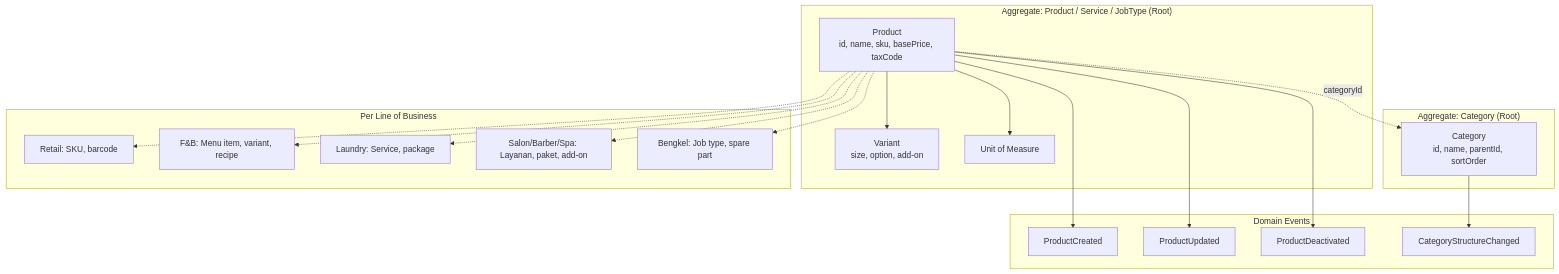
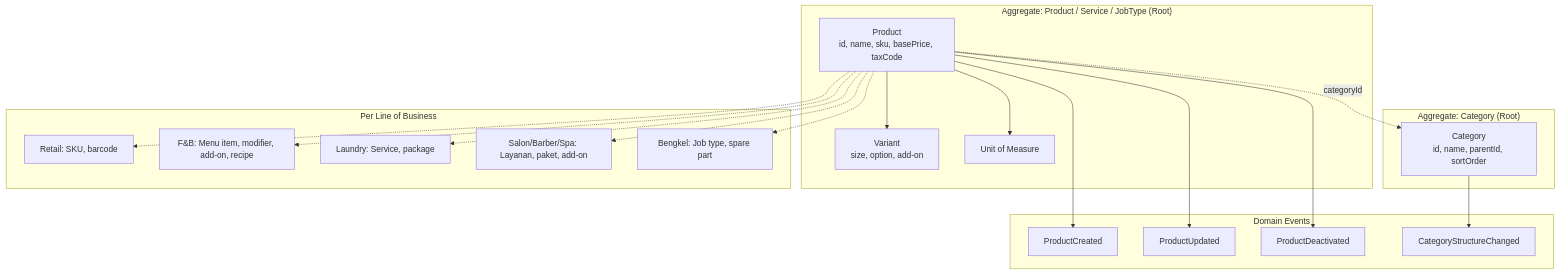
Before and after one commit to vatoer/id.stargan.intikasirfnb: the diagram in docs/diagrams/04-catalog-context.mmd, drawn with Mermaid. The commit also changed 43 other files, not shown here.

```diff
--- a/docs/diagrams/04-catalog-context.mmd
+++ b/docs/diagrams/04-catalog-context.mmd
@@ -1,42 +1,42 @@
 %% Catalog Bounded Context - Products, Services, Categories
 
 flowchart TB
     subgraph ProductAggregate["Aggregate: Product / Service / JobType (Root)"]
         P[Product<br/>id, name, sku, basePrice, taxCode]
         V[Variant<br/>size, option, add-on]
         UoM[Unit of Measure]
         P --> V
         P --> UoM
     end
 
     subgraph CategoryAggregate["Aggregate: Category (Root)"]
         Cat[Category<br/>id, name, parentId, sortOrder]
     end
 
     P -.->|categoryId| Cat
 
     subgraph Events["Domain Events"]
         E1[ProductCreated]
         E2[ProductUpdated]
         E3[ProductDeactivated]
         E4[CategoryStructureChanged]
     end
 
     P --> E1
     P --> E2
     P --> E3
     Cat --> E4
 
     subgraph Lines["Per Line of Business"]
         L1[Retail: SKU, barcode]
-        L2[F&B: Menu item, variant, recipe]
+        L2[F&B: Menu item, modifier, add-on, recipe]
         L3[Laundry: Service, package]
         L4[Salon/Barber/Spa: Layanan, paket, add-on]
         L5[Bengkel: Job type, spare part]
     end
 
     P -.-> L1
     P -.-> L2
     P -.-> L3
     P -.-> L4
     P -.-> L5
```
